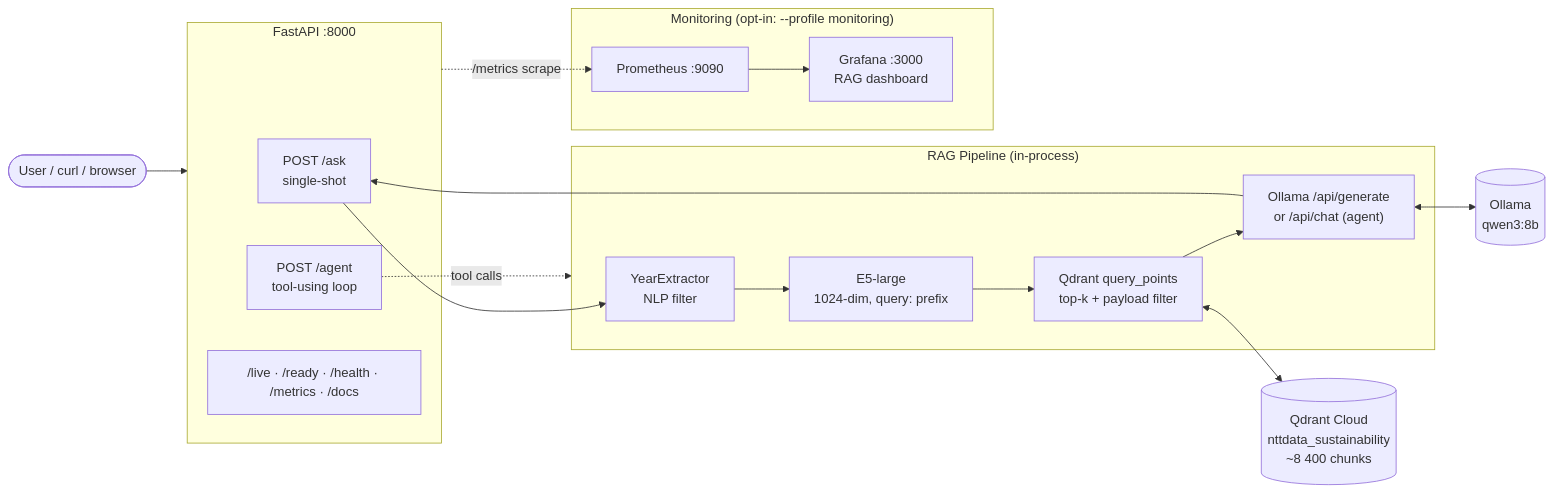
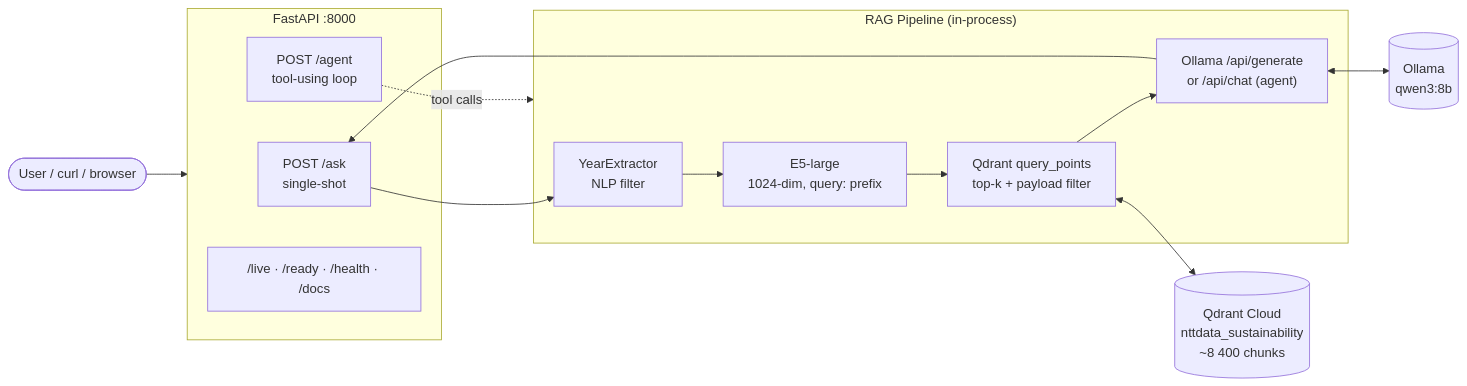
Before and after one commit to rabiaedayilmaz/sustainability-report-chat: the first of 2 diagrams in README.md, drawn with Mermaid. The commit also changed other lines of this file and 13 other files, not shown here.

First line of the commit message:
chore: remove Prometheus + Grafana from the repo

````diff
--- a/README.md
+++ b/README.md
@@ -33,29 +32,24 @@
 ```mermaid
 flowchart LR
     User([User / curl / browser])
     User --> API
 
     subgraph API["FastAPI :8000"]
         Ask["POST /ask<br/>single-shot"]
         Agent["POST /agent<br/>tool-using loop"]
-        Meta["/live · /ready · /health · /metrics · /docs"]
+        Meta["/live · /ready · /health · /docs"]
     end
 
     subgraph Pipeline["RAG Pipeline (in-process)"]
         YE["YearExtractor<br/>NLP filter"]
         Embed["E5-large<br/>1024-dim, query: prefix"]
         Retr["Qdrant query_points<br/>top-k + payload filter"]
         LLM["Ollama /api/generate<br/>or /api/chat (agent)"]
     end
 
     Ask  --> YE --> Embed --> Retr --> LLM --> Ask
     Agent -.tool calls.-> Pipeline
 
     Retr <--> Qdrant[("Qdrant Cloud<br/>nttdata_sustainability<br/>~8 400 chunks")]
     LLM  <--> Ollama[("Ollama<br/>qwen3:8b")]
-
-    subgraph Mon["Monitoring (opt-in: --profile monitoring)"]
-        Prom["Prometheus :9090"] --> Graf["Grafana :3000<br/>RAG dashboard"]
-    end
-    API -.->|/metrics scrape| Prom
 ```
````
